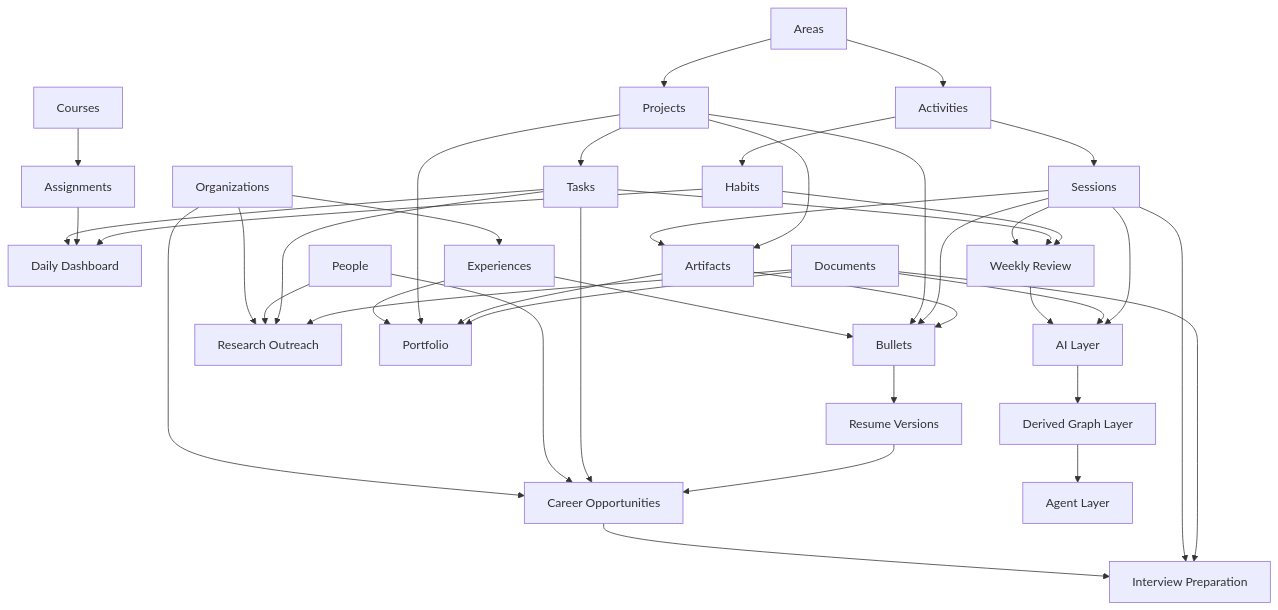
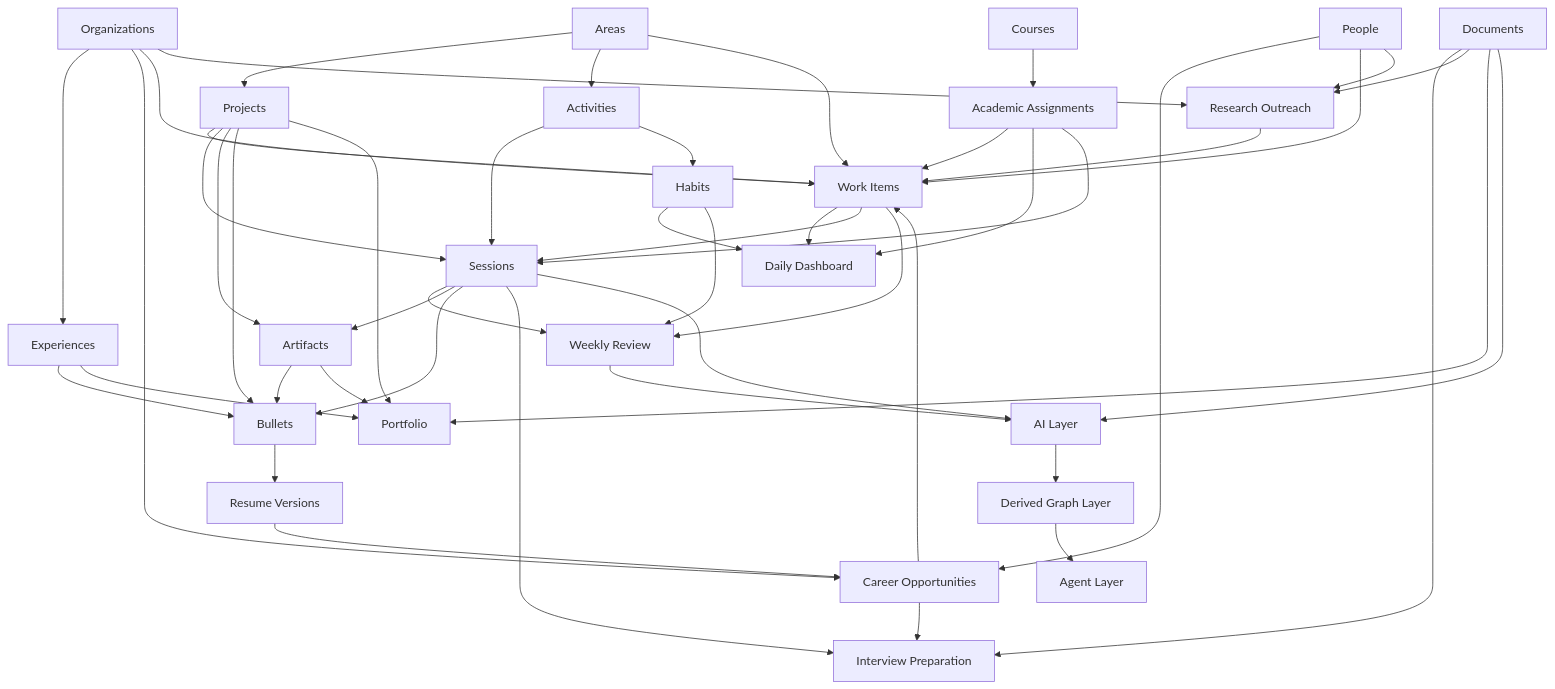
Before and after one commit to Aydinm1/ares: the diagram in docs/architecture.md, drawn with Mermaid. The commit also changed other lines of this file and 2 other files, not shown here.

Commit message:
docs: define work item planning model

````diff
--- a/docs/architecture.md
+++ b/docs/architecture.md
@@ -309,47 +335,54 @@
 ```mermaid
 flowchart TD
   Areas --> Projects
   Areas --> Activities
-  Projects --> Tasks
+  Areas --> WorkItems[Work Items]
+  Projects --> WorkItems
+  Projects --> Sessions
   Activities --> Sessions
   Activities --> Habits
-  Tasks --> DailyDashboard[Daily Dashboard]
-  Courses --> Assignments
-  Assignments --> DailyDashboard
+  WorkItems --> DailyDashboard[Daily Dashboard]
+  Courses --> AcademicAssignments[Academic Assignments]
+  AcademicAssignments --> WorkItems
+  AcademicAssignments --> DailyDashboard
+  AcademicAssignments --> Sessions
+  WorkItems --> Sessions
   Habits --> DailyDashboard
   Sessions --> WeeklyReview[Weekly Review]
-  Tasks --> WeeklyReview
+  WorkItems --> WeeklyReview
   Habits --> WeeklyReview
 
   Organizations --> Experiences
   Organizations --> CareerOpportunities[Career Opportunities]
   People --> CareerOpportunities
-  Tasks --> CareerOpportunities
+  Organizations --> WorkItems
+  People --> WorkItems
+  CareerOpportunities --> WorkItems
   Sessions --> Artifacts
   Projects --> Artifacts
   Experiences --> Bullets
   Projects --> Bullets
   Sessions --> Bullets
   Artifacts --> Bullets
   Bullets --> ResumeVersions[Resume Versions]
   ResumeVersions --> CareerOpportunities
   CareerOpportunities --> InterviewPrep[Interview Preparation]
   Sessions --> InterviewPrep
   Documents --> InterviewPrep
 
   Organizations --> ResearchOutreach[Research Outreach]
   People --> ResearchOutreach
-  Tasks --> ResearchOutreach
+  ResearchOutreach --> WorkItems
   Documents --> ResearchOutreach
 
   Experiences --> Portfolio
   Projects --> Portfolio
   Artifacts --> Portfolio
   Documents --> Portfolio
 
   WeeklyReview --> AILayer[AI Layer]
   Documents --> AILayer
   Sessions --> AILayer
   AILayer --> GraphLayer[Derived Graph Layer]
   GraphLayer --> AgentLayer[Agent Layer]
 ```
````
